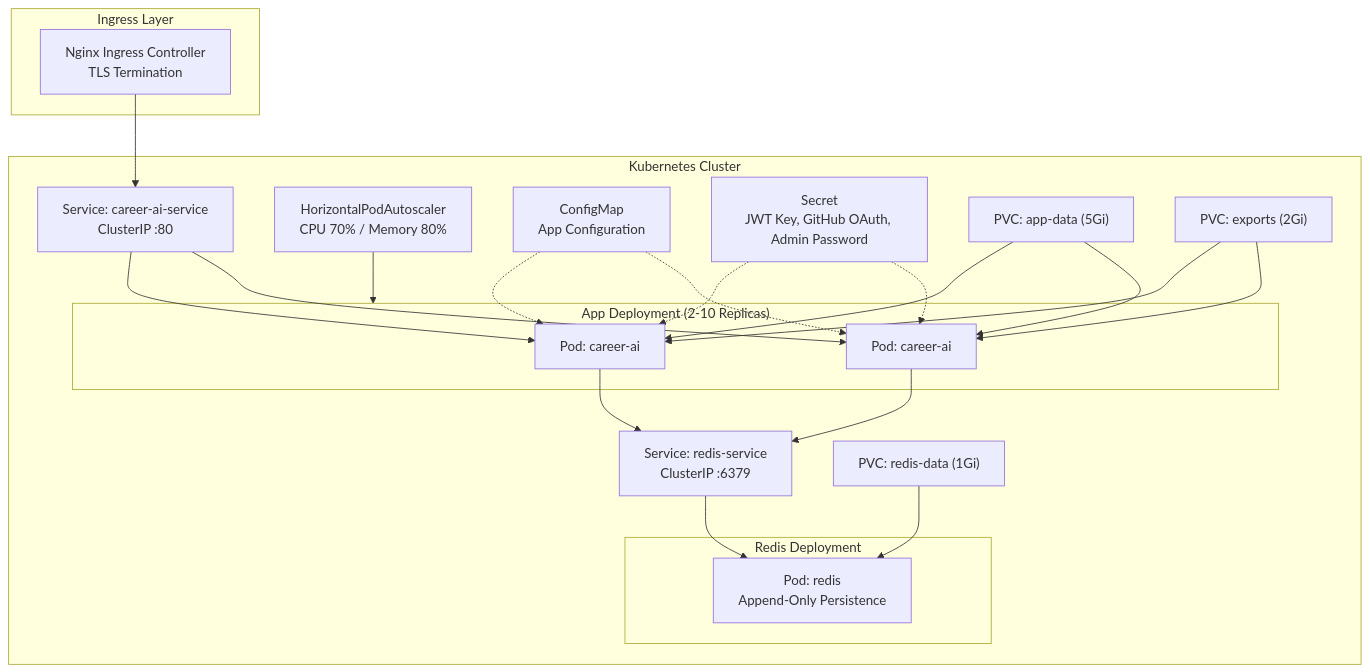
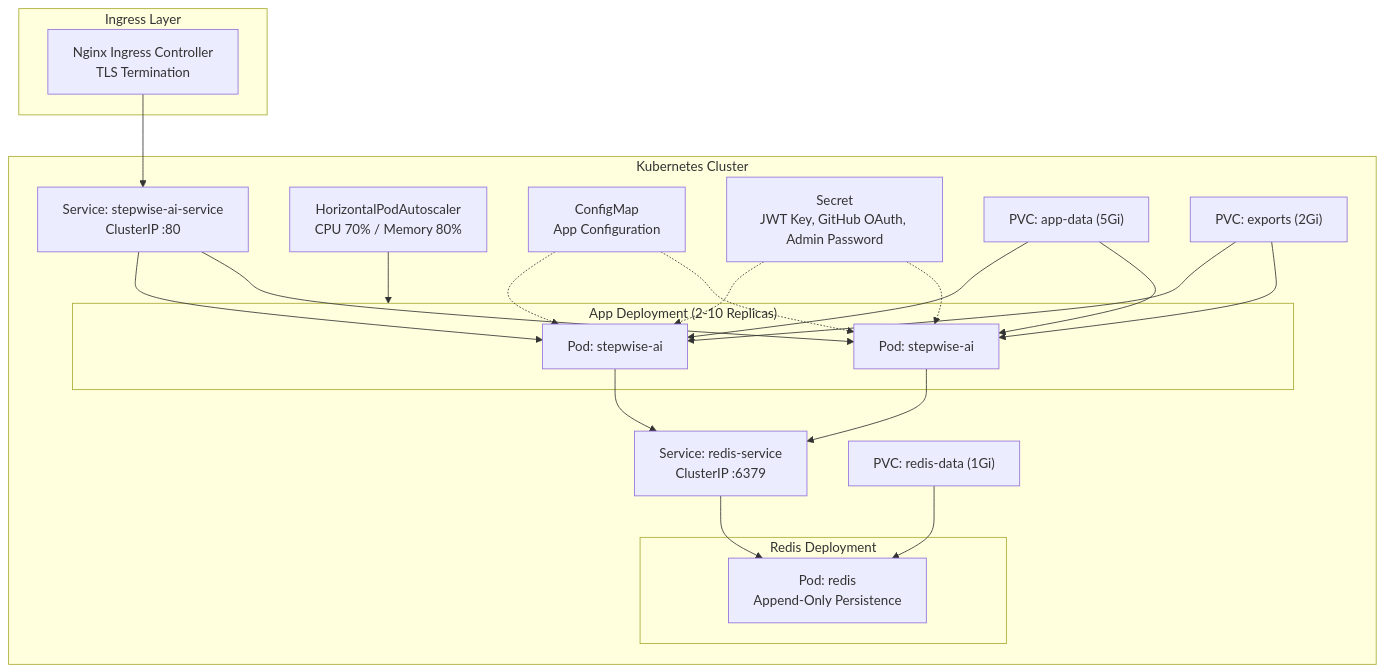
Before and after one commit to sayon999-d/career-regret-ai-: the third of 5 diagrams in README.md, drawn with Mermaid. The commit also changed other lines of this file and 33 other files, not shown here.

````diff
--- a/README.md
+++ b/README.md
@@ -257,50 +257,50 @@
 ```mermaid
 graph TB
     subgraph Ingress["Ingress Layer"]
         ING["Nginx Ingress Controller<br/>TLS Termination"]
     end
 
     subgraph K8s["Kubernetes Cluster"]
         subgraph AppDeploy["App Deployment (2-10 Replicas)"]
-            POD1["Pod: career-ai"]
-            POD2["Pod: career-ai"]
+            POD1["Pod: stepwise-ai"]
+            POD2["Pod: stepwise-ai"]
         end
 
         subgraph RedisDeploy["Redis Deployment"]
             RPOD["Pod: redis<br/>Append-Only Persistence"]
         end
 
-        SVC_APP["Service: career-ai-service<br/>ClusterIP :80"]
+        SVC_APP["Service: stepwise-ai-service<br/>ClusterIP :80"]
         SVC_REDIS["Service: redis-service<br/>ClusterIP :6379"]
 
         HPA["HorizontalPodAutoscaler<br/>CPU 70% / Memory 80%"]
 
         CM["ConfigMap<br/>App Configuration"]
         SEC["Secret<br/>JWT Key, GitHub OAuth, Admin Password"]
 
         PVC_DATA["PVC: app-data (5Gi)"]
         PVC_EXPORT["PVC: exports (2Gi)"]
         PVC_REDIS["PVC: redis-data (1Gi)"]
     end
 
     ING --> SVC_APP
     SVC_APP --> POD1
     SVC_APP --> POD2
     SVC_REDIS --> RPOD
 
     POD1 --> SVC_REDIS
     POD2 --> SVC_REDIS
 
     HPA --> AppDeploy
 
     CM -.-> POD1
     CM -.-> POD2
     SEC -.-> POD1
     SEC -.-> POD2
 
     PVC_DATA --> POD1
     PVC_DATA --> POD2
     PVC_EXPORT --> POD1
     PVC_EXPORT --> POD2
     PVC_REDIS --> RPOD
 ```
````
